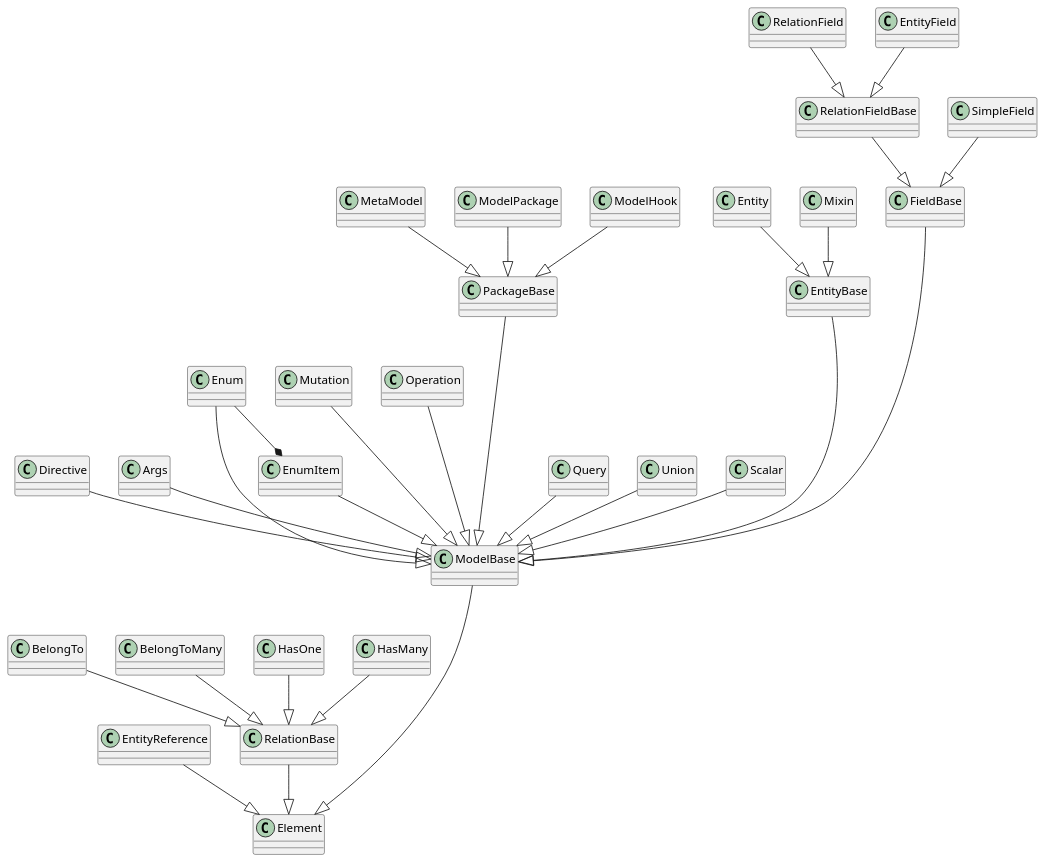
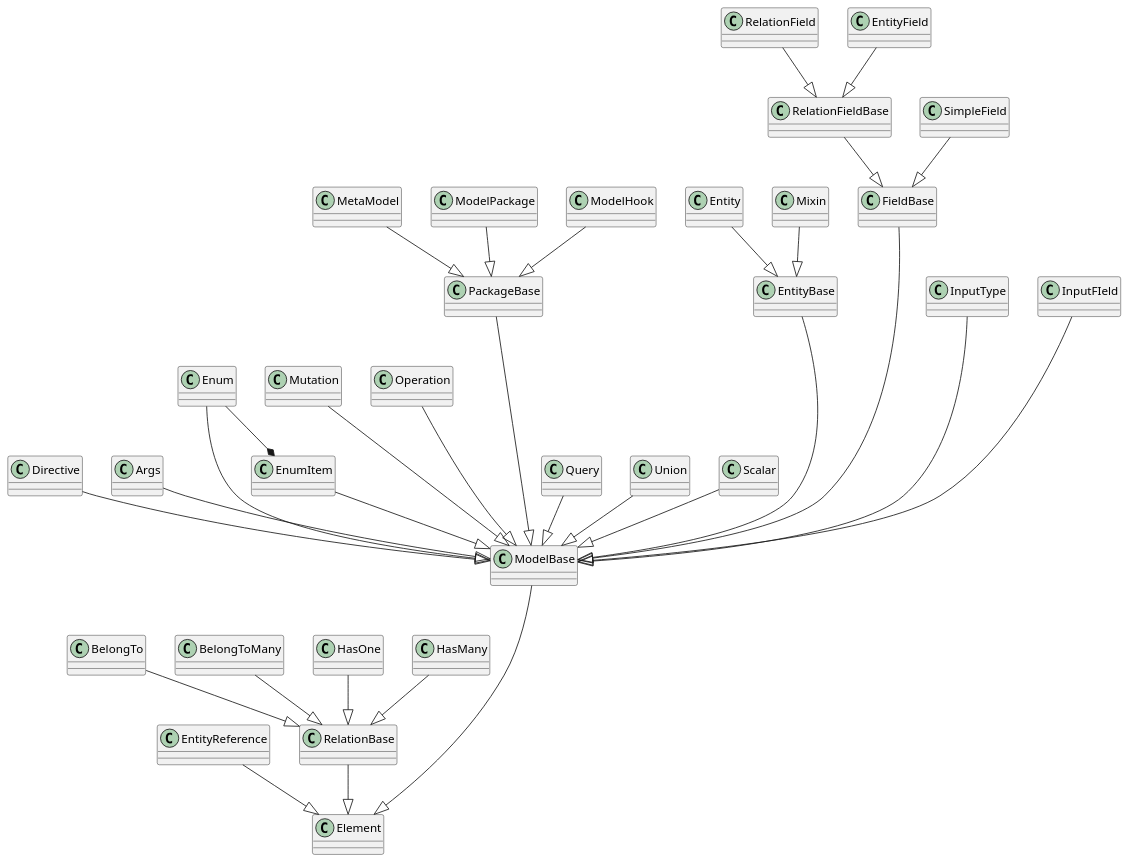
The diagram in packages/oda-model/src/models/model.puml (ODA-js/oda-server), drawn with PlantUML before and after one commit. The commit also changed 4 other files, not shown here.

```diff
--- a/packages/oda-model/src/models/model.puml
+++ b/packages/oda-model/src/models/model.puml
@@ -1,32 +1,34 @@
 @startuml
 ModelBase ----|> Element
 EntityReference --|> Element
 RelationBase --|> Element
 BelongTo --|> RelationBase
 BelongToMany --|> RelationBase
 HasOne --|> RelationBase
 HasMany --|> RelationBase
 Directive --|> ModelBase
 Args --|> ModelBase
 Enum ---|> ModelBase
 Enum --* EnumItem
 EnumItem --|> ModelBase
 Mutation ---|> ModelBase
 Operation ---|> ModelBase
 PackageBase ----|> ModelBase
 MetaModel --|>  PackageBase
 ModelPackage --|> PackageBase
 ModelHook --|> PackageBase
 Query --|> ModelBase
 Union --|> ModelBase
 Scalar --|> ModelBase
 EntityBase ----|> ModelBase
 Entity --|> EntityBase
 Mixin --|> EntityBase
 FieldBase -----|> ModelBase
 RelationFieldBase --|> FieldBase
 SimpleField --|> FieldBase
 RelationField --|> RelationFieldBase
 EntityField --|> RelationFieldBase
+InputType ----|> ModelBase
+InputFIeld ----|> ModelBase
 
 @enduml
```
